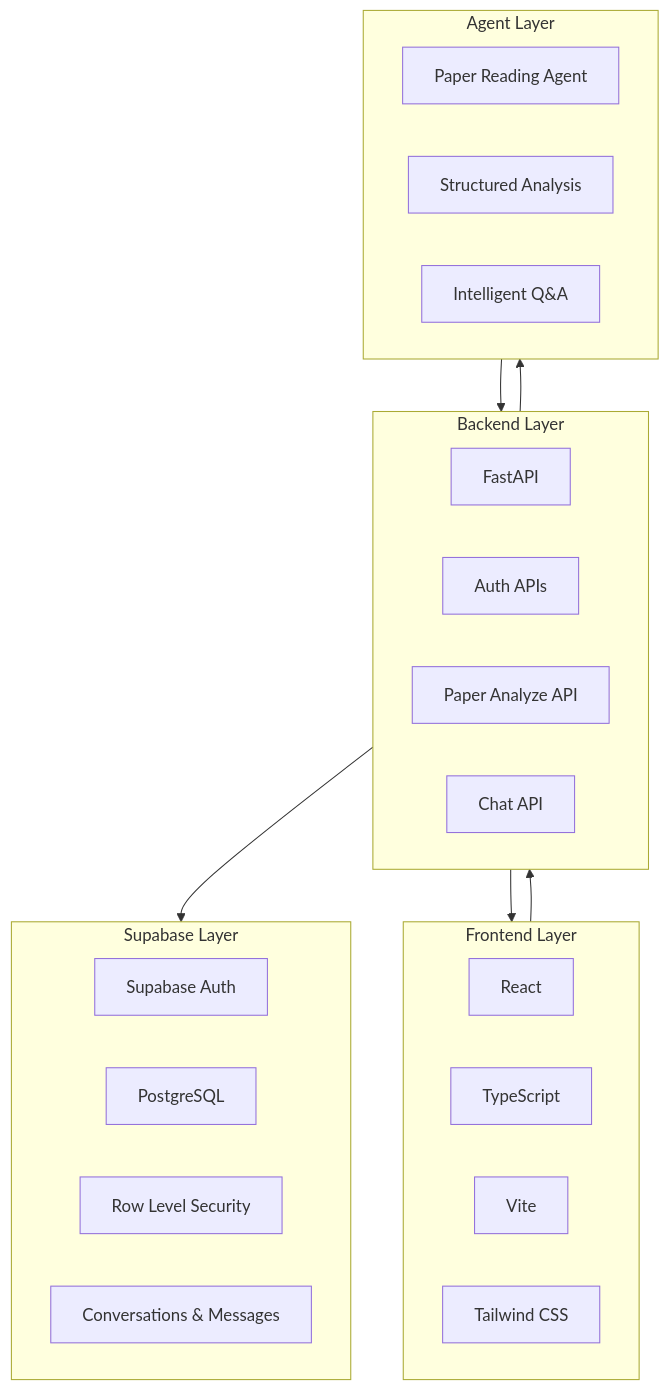
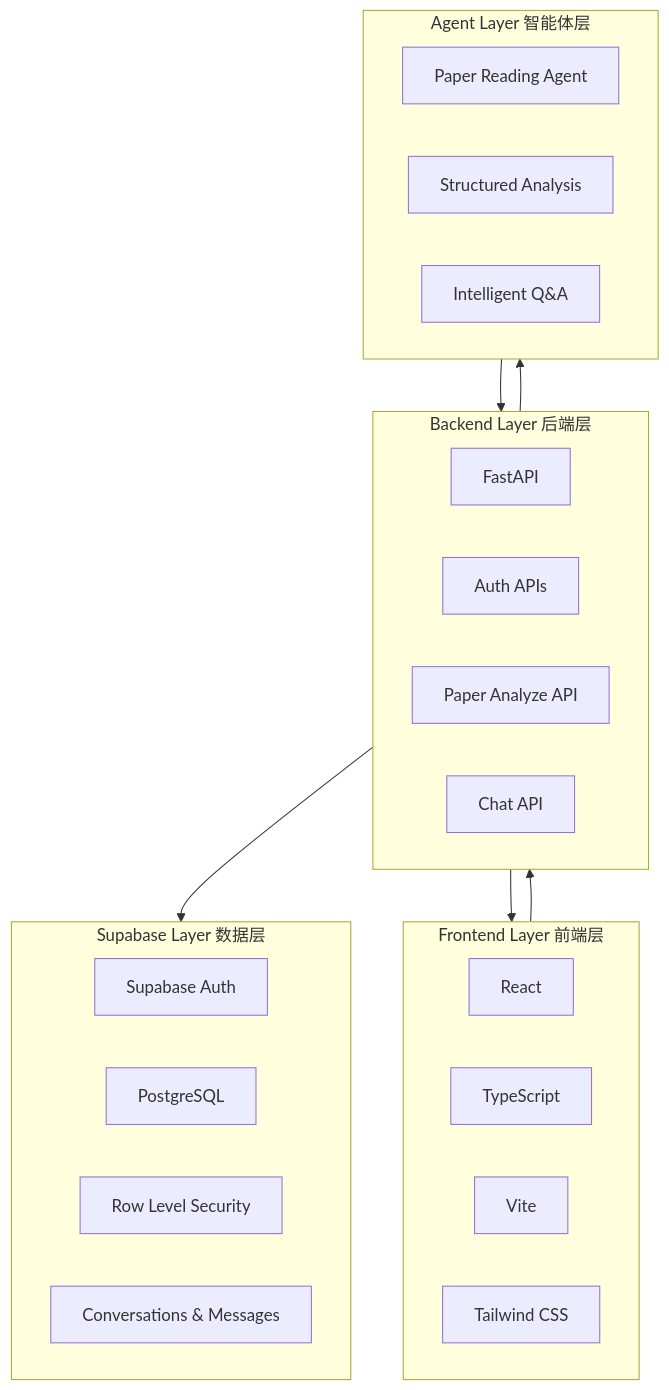
One commit to telitor/SciPilot changed the second of 5 diagrams in README.md. Above: the diagram before and after it, drawn with Mermaid. The commit also changed other lines of this file, not shown here.

````diff
--- a/README.md
+++ b/README.md
@@ -107,35 +109,35 @@
 ```mermaid
 flowchart TB
-    subgraph Frontend["Frontend Layer"]
+    subgraph Frontend["Frontend Layer 前端层"]
         F1["React"]
         F2["TypeScript"]
         F3["Vite"]
         F4["Tailwind CSS"]
     end
 
-    subgraph Backend["Backend Layer"]
+    subgraph Backend["Backend Layer 后端层"]
         B1["FastAPI"]
         B2["Auth APIs"]
         B3["Paper Analyze API"]
         B4["Chat API"]
     end
 
-    subgraph Database["Supabase Layer"]
+    subgraph Database["Supabase Layer 数据层"]
         S1["Supabase Auth"]
         S2["PostgreSQL"]
         S3["Row Level Security"]
         S4["Conversations & Messages"]
     end
 
-    subgraph Agent["Agent Layer"]
+    subgraph Agent["Agent Layer 智能体层"]
         A1["Paper Reading Agent"]
         A2["Structured Analysis"]
         A3["Intelligent Q&A"]
     end
 
     Frontend --> Backend
     Backend --> Database
     Backend --> Agent
     Agent --> Backend
     Backend --> Frontend
 ```
````
